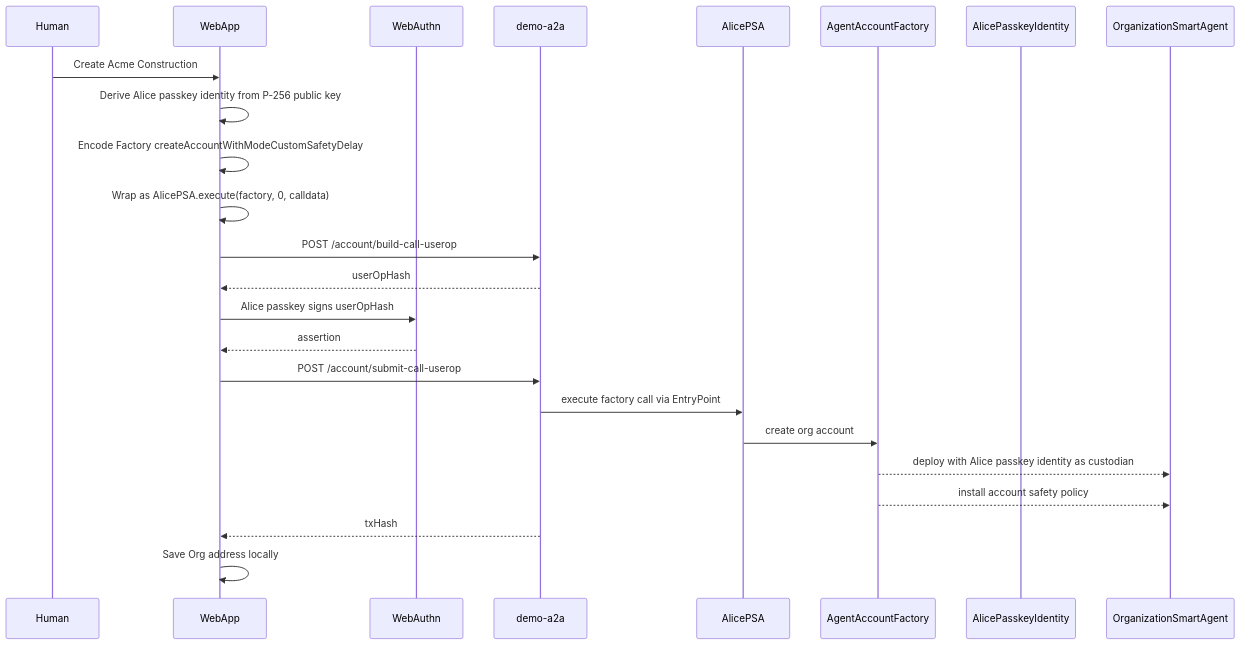
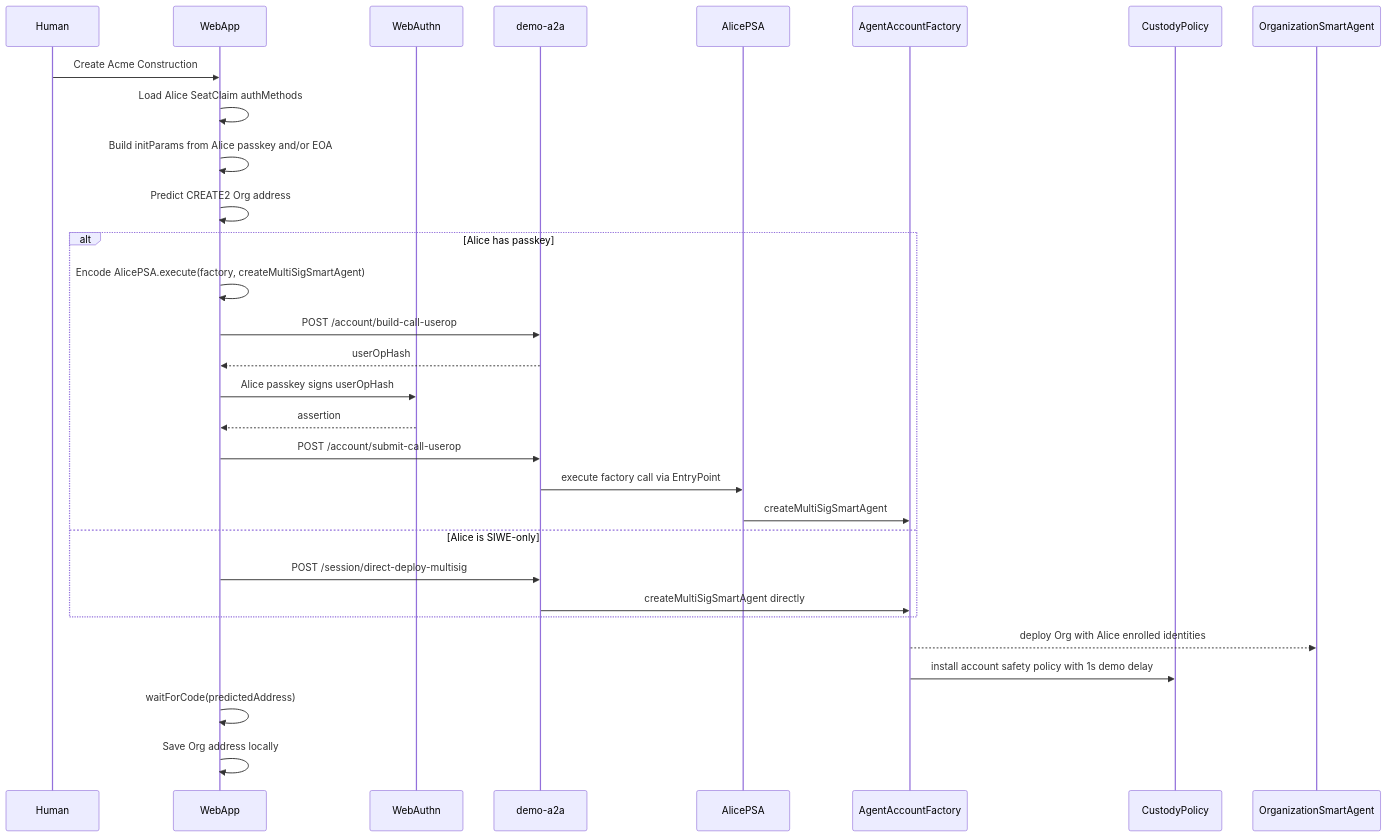
The third of 7 diagrams in apps/demo-web-pro/docs/treasury-service-agent/guide.md (rpedersen3/agenticprimitives-6-17-26), drawn with Mermaid before and after one commit. The commit also changed other lines of this file and 8 other files, not shown here.

````diff
--- a/apps/demo-web-pro/docs/treasury-service-agent/guide.md
+++ b/apps/demo-web-pro/docs/treasury-service-agent/guide.md
@@ -278,27 +338,35 @@
 ```mermaid
 sequenceDiagram
   participant Human
   participant WebApp
   participant WebAuthn
   participant A2A as demo-a2a
   participant AlicePSA
   participant Factory as AgentAccountFactory
-  participant AlicePIA as AlicePasskeyIdentity
+  participant Custody as CustodyPolicy
   participant Org as OrganizationSmartAgent
 
   Human->>WebApp: Create Acme Construction
-  WebApp->>WebApp: Derive Alice passkey identity from P-256 public key
-  WebApp->>WebApp: Encode Factory createAccountWithModeCustomSafetyDelay
-  WebApp->>WebApp: Wrap as AlicePSA.execute(factory, 0, calldata)
-  WebApp->>A2A: POST /account/build-call-userop
-  A2A-->>WebApp: userOpHash
-  WebApp->>WebAuthn: Alice passkey signs userOpHash
-  WebAuthn-->>WebApp: assertion
-  WebApp->>A2A: POST /account/submit-call-userop
-  A2A->>AlicePSA: execute factory call via EntryPoint
-  AlicePSA->>Factory: create org account
-  Factory-->>Org: deploy with Alice passkey identity as custodian
-  Factory-->>Org: install account safety policy
-  A2A-->>WebApp: txHash
+  WebApp->>WebApp: Load Alice SeatClaim authMethods
+  WebApp->>WebApp: Build initParams from Alice passkey and/or EOA
+  WebApp->>WebApp: Predict CREATE2 Org address
+
+  alt Alice has passkey
+    WebApp->>WebApp: Encode AlicePSA.execute(factory, createMultiSigSmartAgent)
+    WebApp->>A2A: POST /account/build-call-userop
+    A2A-->>WebApp: userOpHash
+    WebApp->>WebAuthn: Alice passkey signs userOpHash
+    WebAuthn-->>WebApp: assertion
+    WebApp->>A2A: POST /account/submit-call-userop
+    A2A->>AlicePSA: execute factory call via EntryPoint
+    AlicePSA->>Factory: createMultiSigSmartAgent
+  else Alice is SIWE-only
+    WebApp->>A2A: POST /session/direct-deploy-multisig
+    A2A->>Factory: createMultiSigSmartAgent directly
+  end
+
+  Factory-->>Org: deploy Org with Alice enrolled identities
+  Factory->>Custody: install account safety policy with 1s demo delay
+  WebApp->>WebApp: waitForCode(predictedAddress)
   WebApp->>WebApp: Save Org address locally
 ```
````
